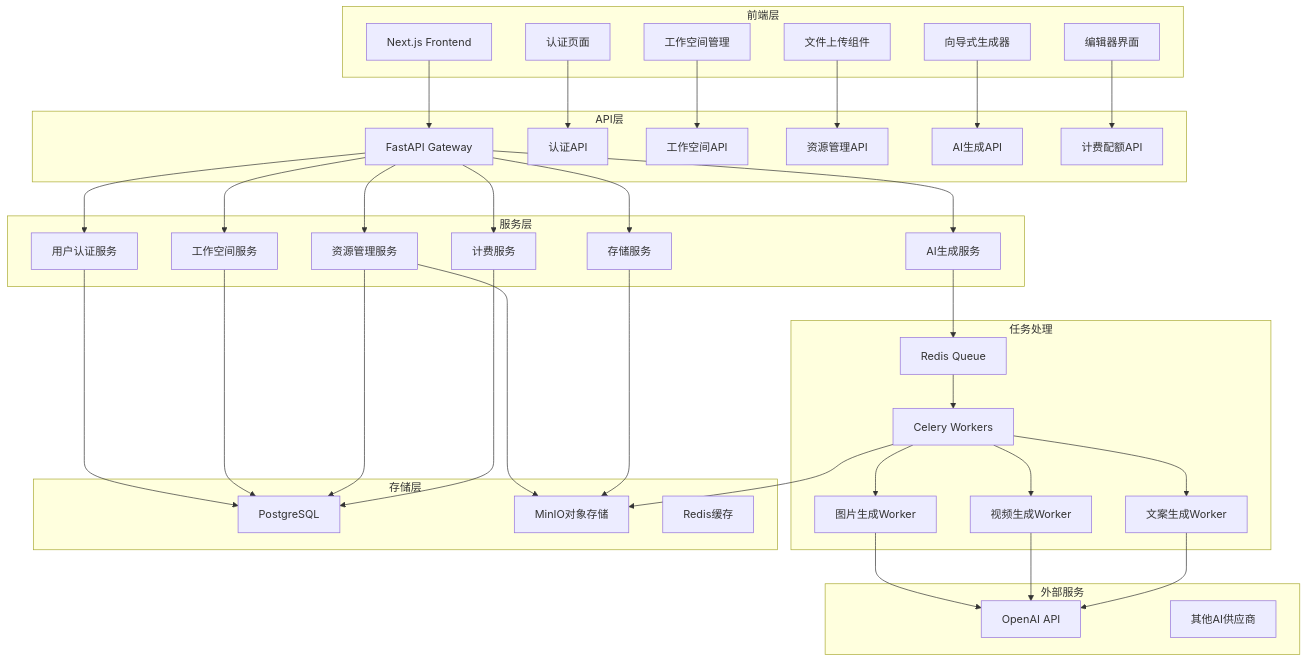
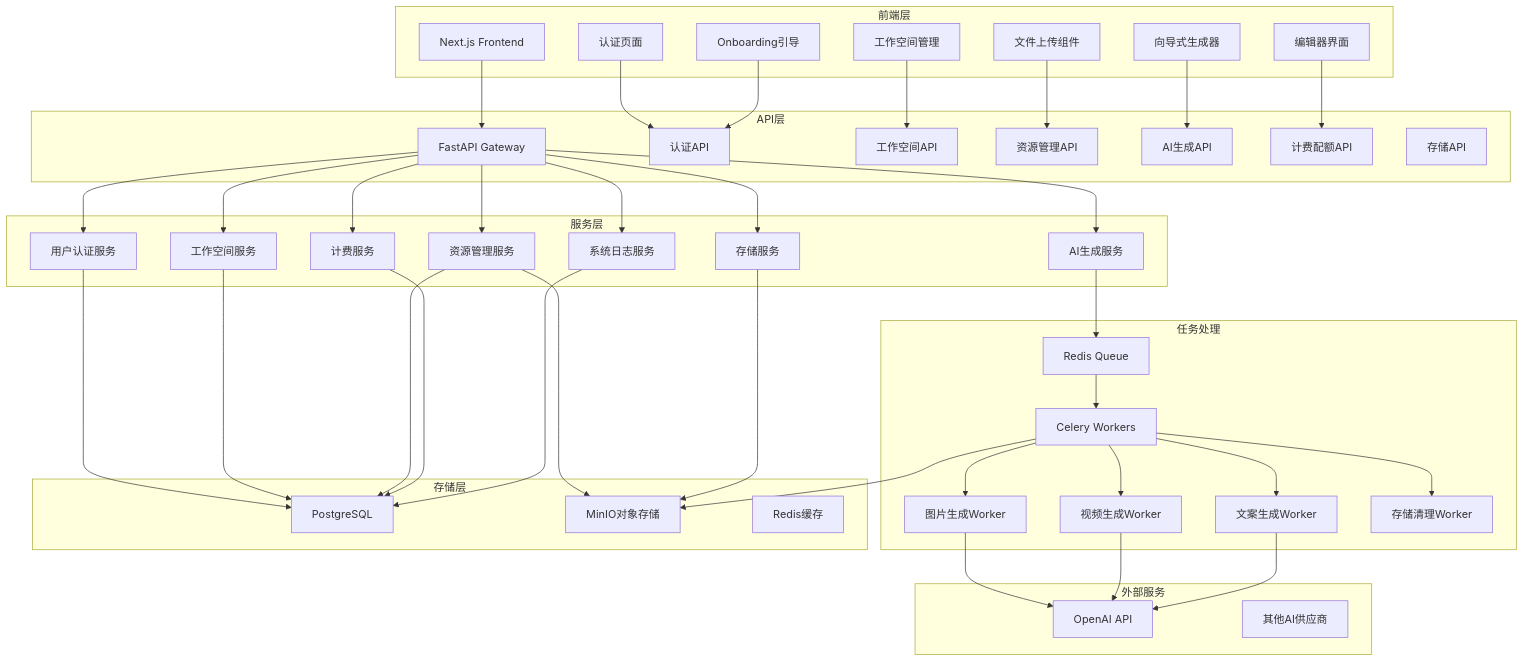
Before and after one commit to ZenoWangzy/E_Business: the first of 2 diagrams in CLAUDE.md, drawn with Mermaid. The commit also changed other lines of this file and 35 other files, not shown here.

````diff
--- a/CLAUDE.md
+++ b/CLAUDE.md
@@ -54,6 +47,7 @@
         A3[文件上传组件]
         A4[向导式生成器]
         A5[编辑器界面]
+        A6[Onboarding引导]
     end
 
     subgraph "API层"
@@ -63,6 +57,7 @@
         B3[资源管理API]
         B4[AI生成API]
         B5[计费配额API]
+        B6[存储API]
     end
 
     subgraph "服务层"
@@ -72,25 +67,27 @@
         F[AI生成服务]
         G[计费服务]
         H[存储服务]
+        I[系统日志服务]
     end
 
     subgraph "任务处理"
-        I[Celery Workers]
-        J[Redis Queue]
-        I1[图片生成Worker]
-        I2[视频生成Worker]
-        I3[文案生成Worker]
+        J[Celery Workers]
+        K[Redis Queue]
+        J1[图片生成Worker]
+        J2[视频生成Worker]
+        J3[文案生成Worker]
+        J4[存储清理Worker]
     end
 
     subgraph "存储层"
-        K[PostgreSQL]
-        L[MinIO对象存储]
-        M[Redis缓存]
+        L[PostgreSQL]
+        M[MinIO对象存储]
+        N[Redis缓存]
     end
 
     subgraph "外部服务"
-        N[OpenAI API]
-        O[其他AI供应商]
+        O[OpenAI API]
+        P[其他AI供应商]
     end
 
     A --> B
@@ -99,6 +96,7 @@
     A3 --> B3
     A4 --> B4
     A5 --> B5
+    A6 --> B1
 
     B --> C
     B --> D
@@ -106,21 +104,24 @@
     B --> F
     B --> G
     B --> H
+    B --> I
 
-    F --> J
-    J --> I
-    I --> I1
-    I --> I2
-    I --> I3
-    I1 --> N
-    I2 --> N
-    I3 --> N
+    F --> K
+    K --> J
+    J --> J1
+    J --> J2
+    J --> J3
+    J --> J4
+    J1 --> O
+    J2 --> O
+    J3 --> O
+    J --> M
+
+    C --> L
+    D --> L
+    E --> L
+    E --> M
+    G --> L
+    H --> M
     I --> L
-
-    C --> K
-    D --> K
-    E --> K
-    E --> L
-    G --> K
-    H --> L
 ```
````
